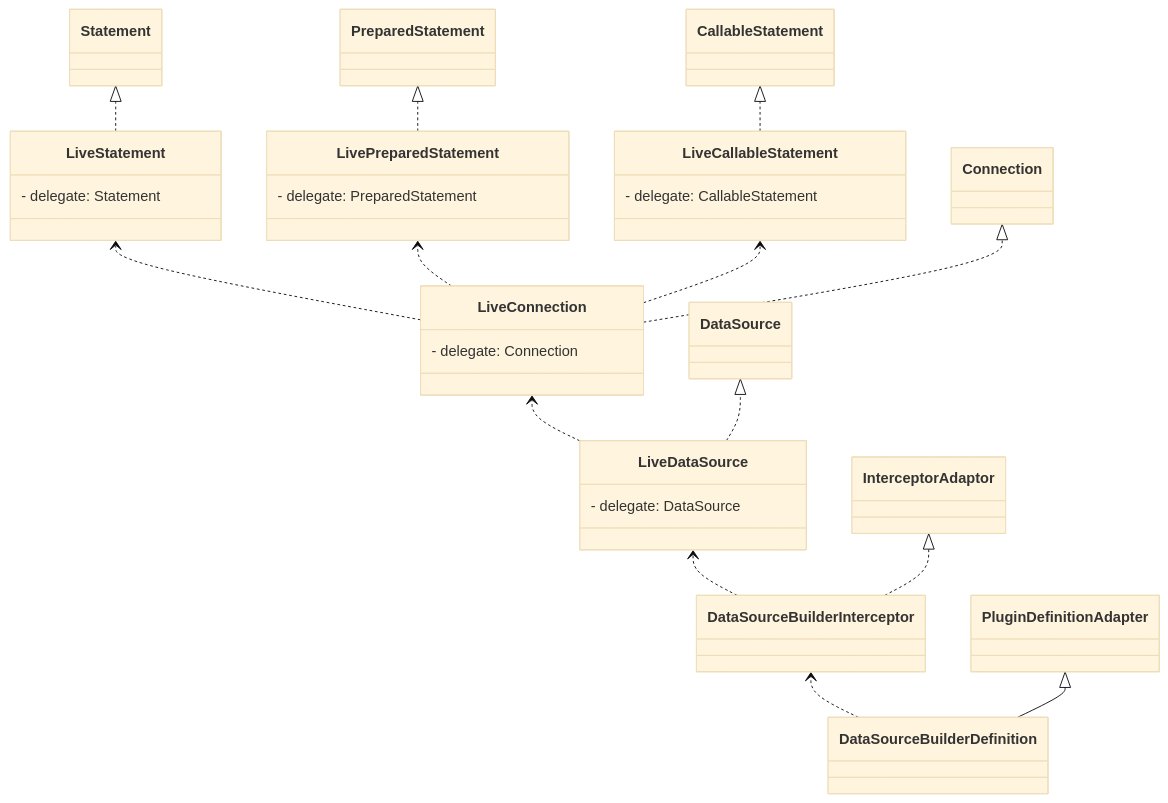
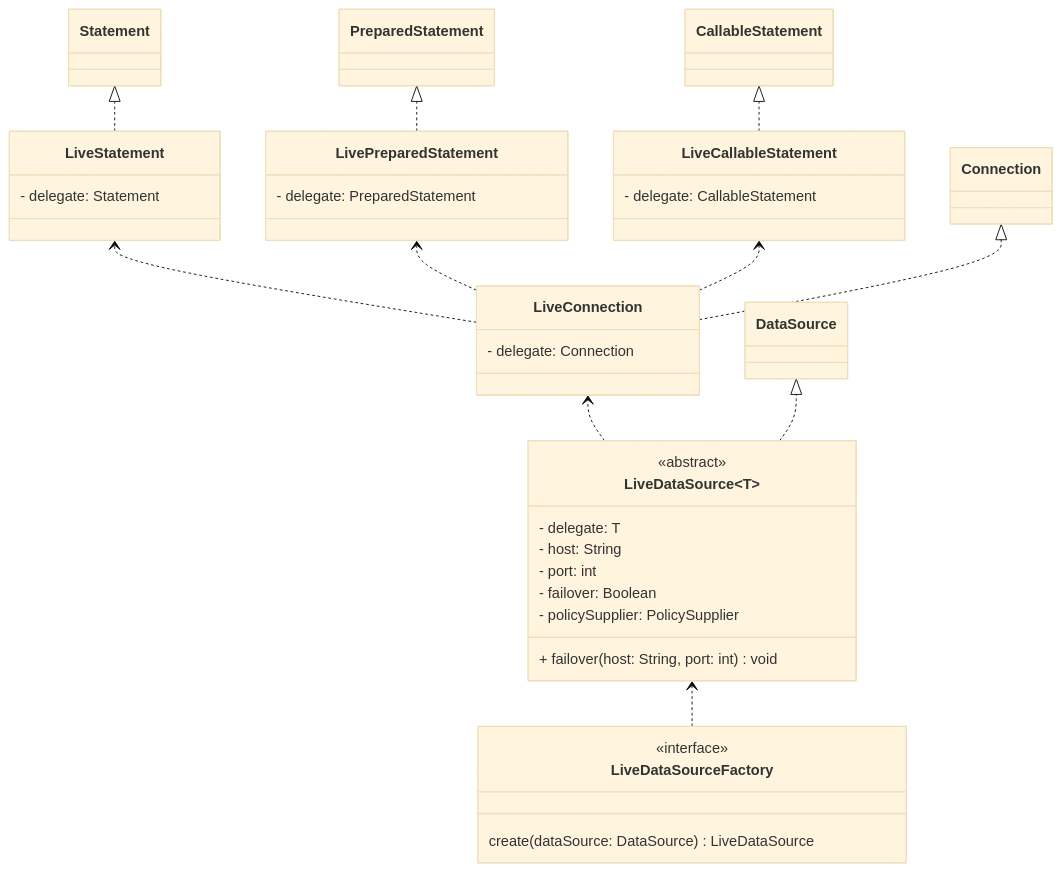
The second of 7 diagrams in docs/cn/2.0/dbfailover.md (jd-opensource/joylive-agent), drawn with Mermaid (base theme) before and after one commit. The commit also changed other lines of this file, not shown here.

Commit message:
Update db failover document

````diff
--- a/docs/cn/2.0/dbfailover.md
+++ b/docs/cn/2.0/dbfailover.md
@@ -61,38 +56,43 @@
 ```mermaid
 classDiagram
     direction BT
-    class DataSourceBuilderDefinition {
-    }
-    class DataSourceBuilderInterceptor {
-    }
-    class LiveDataSource {
-        - delegate: DataSource
+
+    class LiveDataSource~T~ {
+        <<abstract>>
+        - delegate: T
+        - host: String
+        - port: int
+        - failover: Boolean
+        - policySupplier: PolicySupplier
+        + failover(host: String, port: int) void
     }
     class LiveConnection {
         - delegate: Connection
     }
     class LiveStatement {
         - delegate: Statement
     }
     class LivePreparedStatement {
         - delegate: PreparedStatement
     }
     class LiveCallableStatement {
         - delegate: CallableStatement
     }
 
-    DataSourceBuilderDefinition ..> DataSourceBuilderInterceptor
-    DataSourceBuilderInterceptor ..|> InterceptorAdaptor
-    DataSourceBuilderDefinition --|> PluginDefinitionAdapter
+    class LiveDataSourceFactory {
+        <<interface>>
+        create(dataSource: DataSource) LiveDataSource
+    }
+
     LiveDataSource ..|> DataSource
     LiveConnection ..|> Connection
     LiveStatement ..|> Statement
     LivePreparedStatement ..|> PreparedStatement
     LiveCallableStatement ..|> CallableStatement
-    DataSourceBuilderInterceptor ..> LiveDataSource
     LiveDataSource ..> LiveConnection
     LiveConnection ..> LiveStatement
     LiveConnection ..> LivePreparedStatement
     LiveConnection ..> LiveCallableStatement
+    LiveDataSourceFactory ..> LiveDataSource
 
 ```
````
